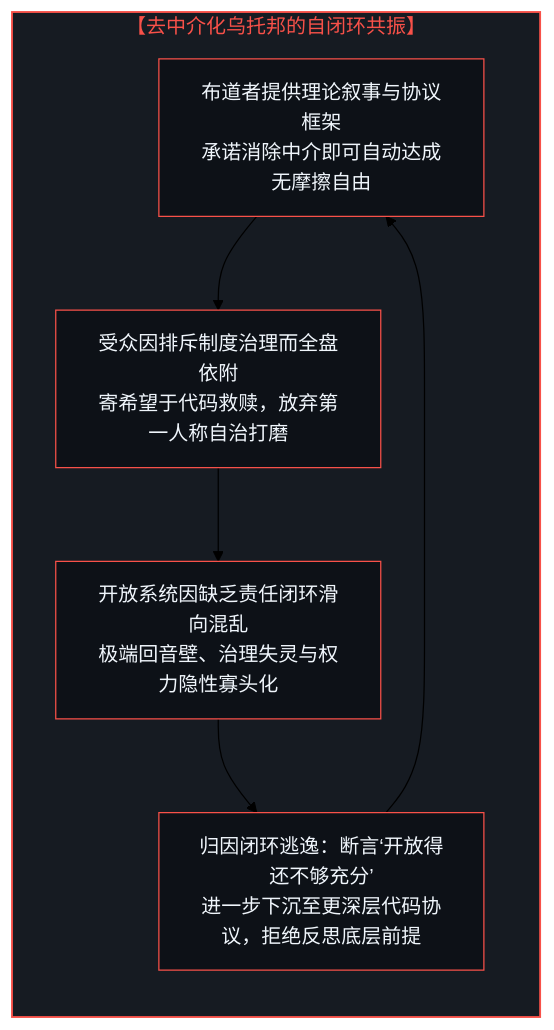
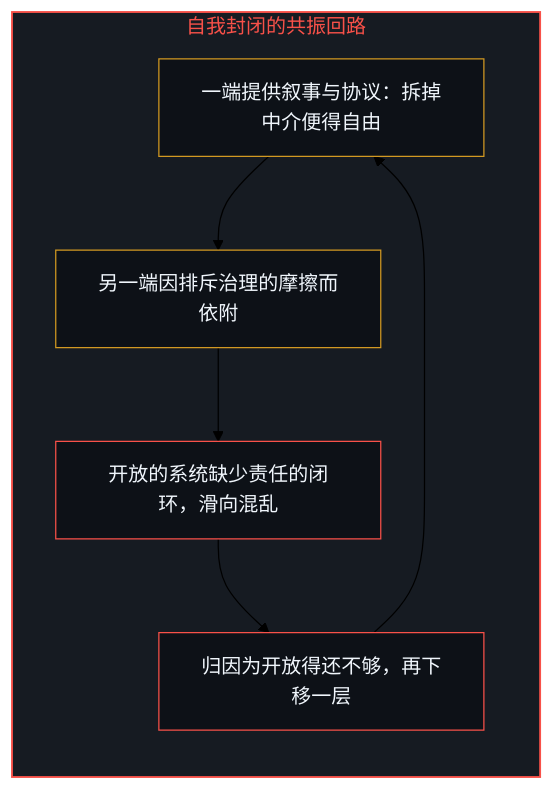
The seventh of 10 diagrams in content/posts/the-illusion-of-the-unmediated.md (powerpig99/not-a-toe), drawn with Mermaid (forest theme) before and after one commit. The commit also changed other lines of this file and 2 other files, not shown here.

Commit message:
Refine the-illusion-of-the-unmediated: alternating bilingual layout, five paired diagrams, a trajectory read by its structure, implicit first person

````diff
--- a/content/posts/the-illusion-of-the-unmediated.md
+++ b/content/posts/the-illusion-of-the-unmediated.md
@@ -253,17 +215,20 @@
 ```mermaid
-graph TD
-    subgraph S_Coupled["【去中介化乌托邦的自闭环共振】"]
+flowchart TD
+    subgraph S_Coupled["自我封闭的共振回路"]
         direction TB
-        F1["布道者提供理论叙事与协议框架<br/>承诺消除中介即可自动达成无摩擦自由"]
-        F2["受众因排斥制度治理而全盘依附<br/>寄希望于代码救赎，放弃第一人称自治打磨"]
-        F3["开放系统因缺乏责任闭环滑向混乱<br/>极端回音壁、治理失灵与权力隐性寡头化"]
-        F4["归因闭环逃逸：断言‘开放得还不够充分’<br/>进一步下沉至更深层代码协议，拒绝反思底层前提"]
-        F1 --> F2 --> F3 --> F4 --> F1
+        Offer["一端提供叙事与协议：拆掉中介便得自由"]
+        Follow["另一端因排斥治理的摩擦而依附"]
+        Chaos["开放的系统缺少责任的闭环，滑向混乱"]
+        More["归因为开放得还不够，再下移一层"]
+        Offer --> Follow
+        Follow --> Chaos
+        Chaos --> More
+        More --> Offer
     end
 
     style S_Coupled fill:#161b22,stroke:#f85149,stroke-width:1.5px,color:#f85149
-    style F1 fill:#0d1117,stroke:#f85149,stroke-width:1px,color:#f0f6fc
-    style F2 fill:#0d1117,stroke:#f85149,stroke-width:1px,color:#f0f6fc
-    style F3 fill:#0d1117,stroke:#f85149,stroke-width:1px,color:#f0f6fc
-    style F4 fill:#0d1117,stroke:#f85149,stroke-width:1px,color:#f0f6fc
+    style Offer fill:#0d1117,stroke:#d29922,stroke-width:1px,color:#f0f6fc
+    style Follow fill:#0d1117,stroke:#d29922,stroke-width:1px,color:#f0f6fc
+    style Chaos fill:#0d1117,stroke:#f85149,stroke-width:1px,color:#f0f6fc
+    style More fill:#0d1117,stroke:#f85149,stroke-width:1px,color:#f0f6fc
 ```
````
